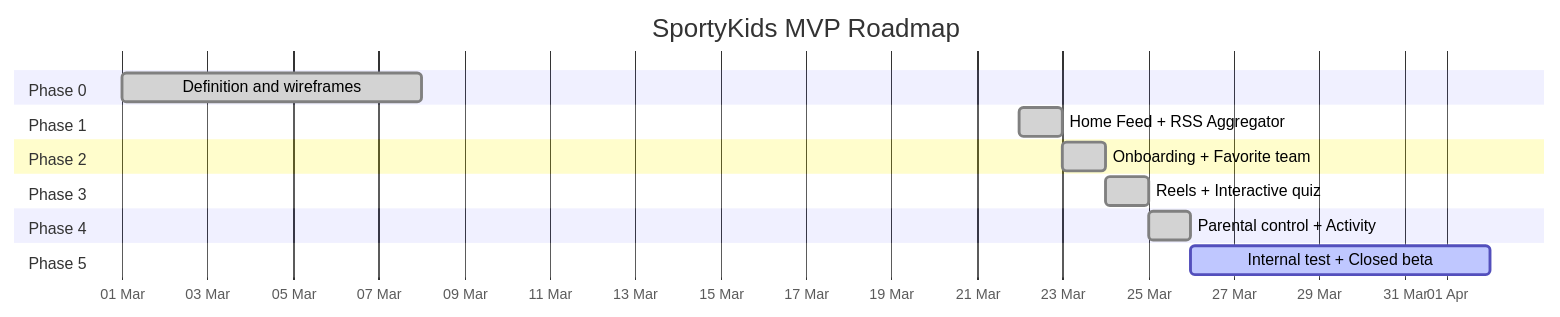
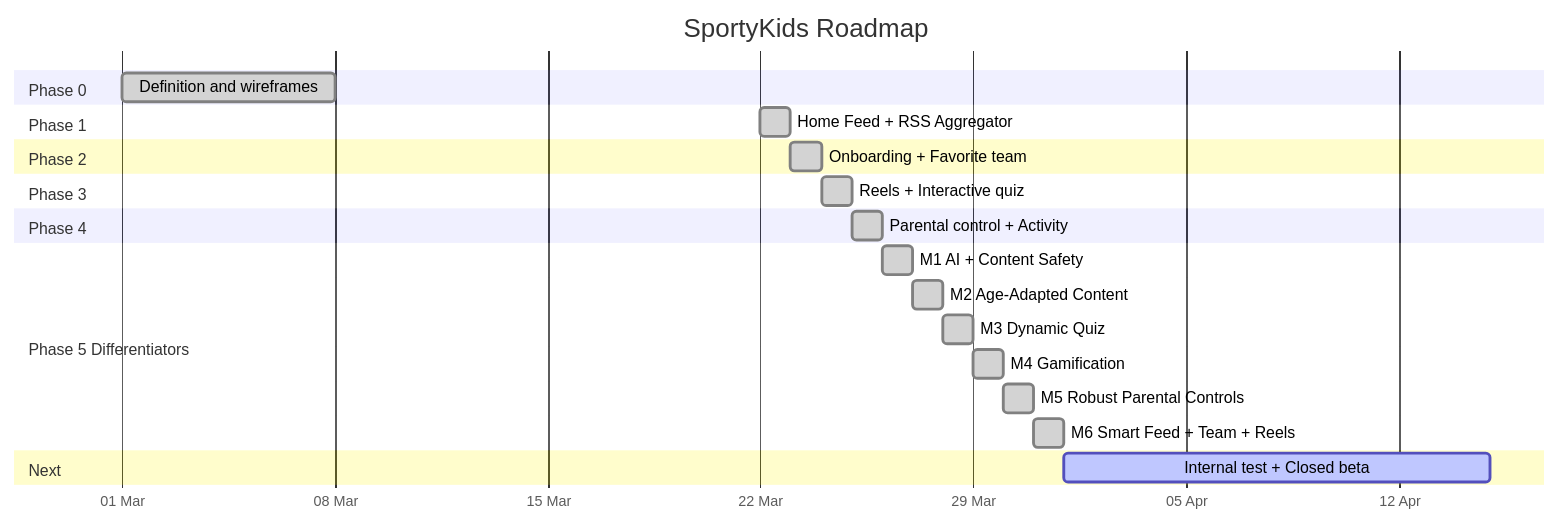
Before and after one commit to durdy48/SportyKids: the diagram in docs/en/10-roadmap-and-decisions.md, drawn with Mermaid. The commit also changed other lines of this file and 22 other files, not shown here.

````diff
--- a/docs/en/10-roadmap-and-decisions.md
+++ b/docs/en/10-roadmap-and-decisions.md
@@ -5,24 +5,32 @@
 ```mermaid
 gantt
-    title SportyKids MVP Roadmap
+    title SportyKids Roadmap
     dateFormat YYYY-MM-DD
     axisFormat %d %b
 
     section Phase 0
     Definition and wireframes       :done, f0, 2026-03-01, 7d
 
     section Phase 1
     Home Feed + RSS Aggregator      :done, f1, 2026-03-22, 1d
 
     section Phase 2
     Onboarding + Favorite team      :done, f2, after f1, 1d
 
     section Phase 3
     Reels + Interactive quiz        :done, f3, after f2, 1d
 
     section Phase 4
     Parental control + Activity     :done, f4, after f3, 1d
 
-    section Phase 5
-    Internal test + Closed beta     :active, f5, after f4, 7d
+    section Phase 5 Differentiators
+    M1 AI + Content Safety          :done, m1, after f4, 1d
+    M2 Age-Adapted Content          :done, m2, after m1, 1d
+    M3 Dynamic Quiz                 :done, m3, after m2, 1d
+    M4 Gamification                 :done, m4, after m3, 1d
+    M5 Robust Parental Controls     :done, m5, after m4, 1d
+    M6 Smart Feed + Team + Reels    :done, m6, after m5, 1d
+
+    section Next
+    Internal test + Closed beta     :active, f6, after m6, 14d
 ```
````
